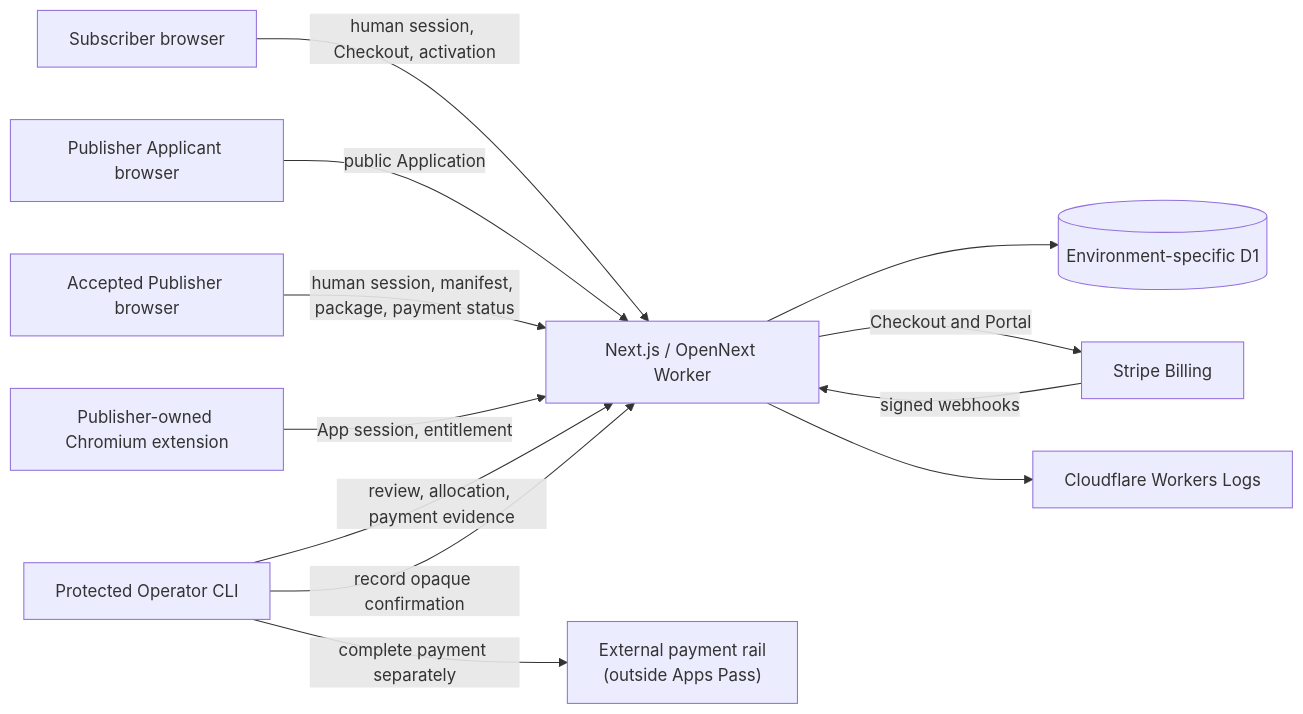
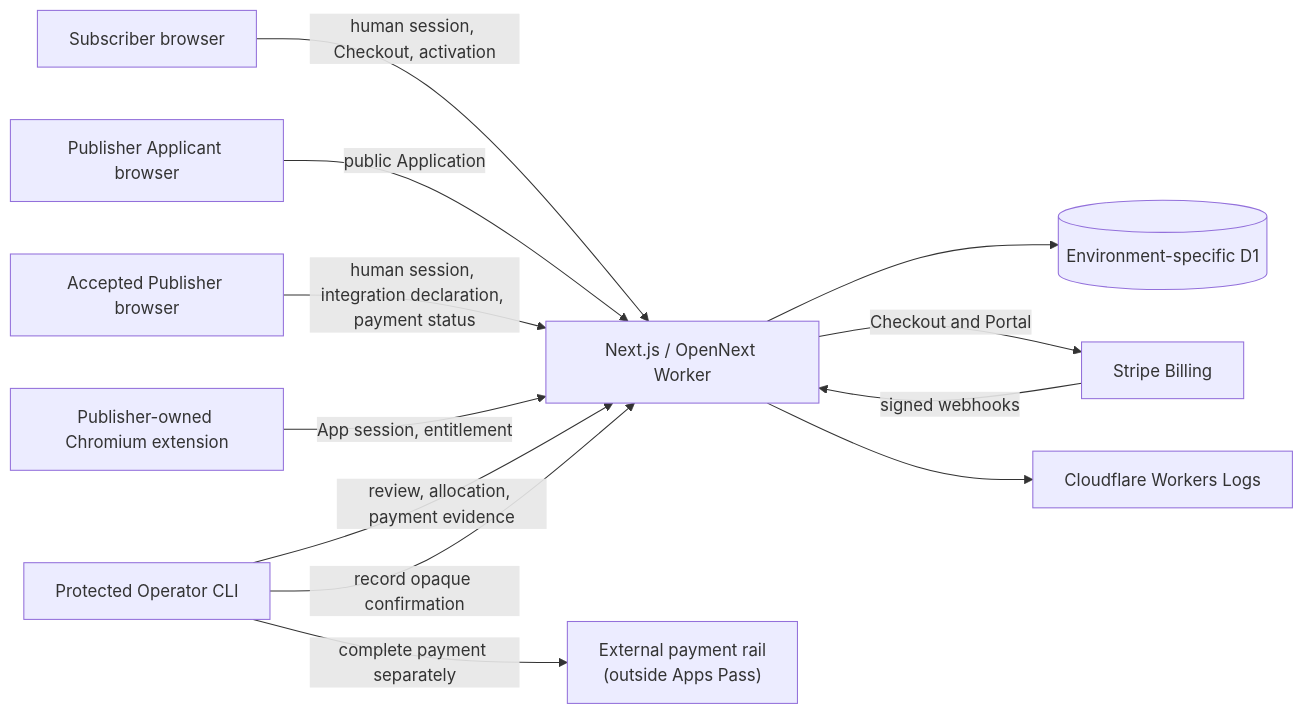
One commit to serpcompany/serp-pass changed the first of 6 diagrams in ARCHITECTURE.md. Above: the diagram before and after it, drawn with Mermaid. The commit also changed other lines of this file and 33 other files, not shown here.

Commit message:
feat: verify publisher app connections

````diff
--- a/ARCHITECTURE.md
+++ b/ARCHITECTURE.md
@@ -9,25 +9,25 @@
 ```mermaid
 flowchart LR
     Subscriber["Subscriber browser"]
     Applicant["Publisher Applicant browser"]
     Publisher["Accepted Publisher browser"]
     Extension["Publisher-owned Chromium extension"]
     Operator["Protected Operator CLI"]
     App["Next.js / OpenNext Worker"]
     D1[("Environment-specific D1")]
     Billing["Stripe Billing"]
     PaymentRail["External payment rail\n(outside Apps Pass)"]
     Logs["Cloudflare Workers Logs"]
 
     Subscriber -->|"human session, Checkout, activation"| App
     Applicant -->|"public Application"| App
-    Publisher -->|"human session, manifest, package, payment status"| App
+    Publisher -->|"human session, integration declaration, payment status"| App
     Extension -->|"App session, entitlement"| App
     Operator -->|"review, allocation, payment evidence"| App
     App --> D1
     App -->|"Checkout and Portal"| Billing
     Billing -->|"signed webhooks"| App
     Operator -->|"complete payment separately"| PaymentRail
     Operator -->|"record opaque confirmation"| App
     App --> Logs
 ```
````
